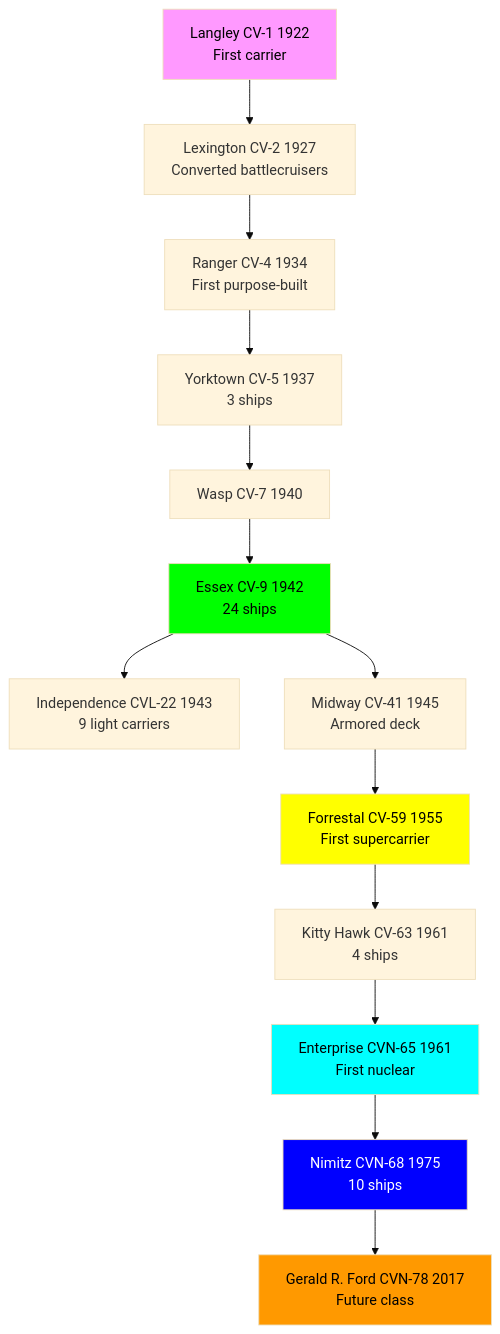
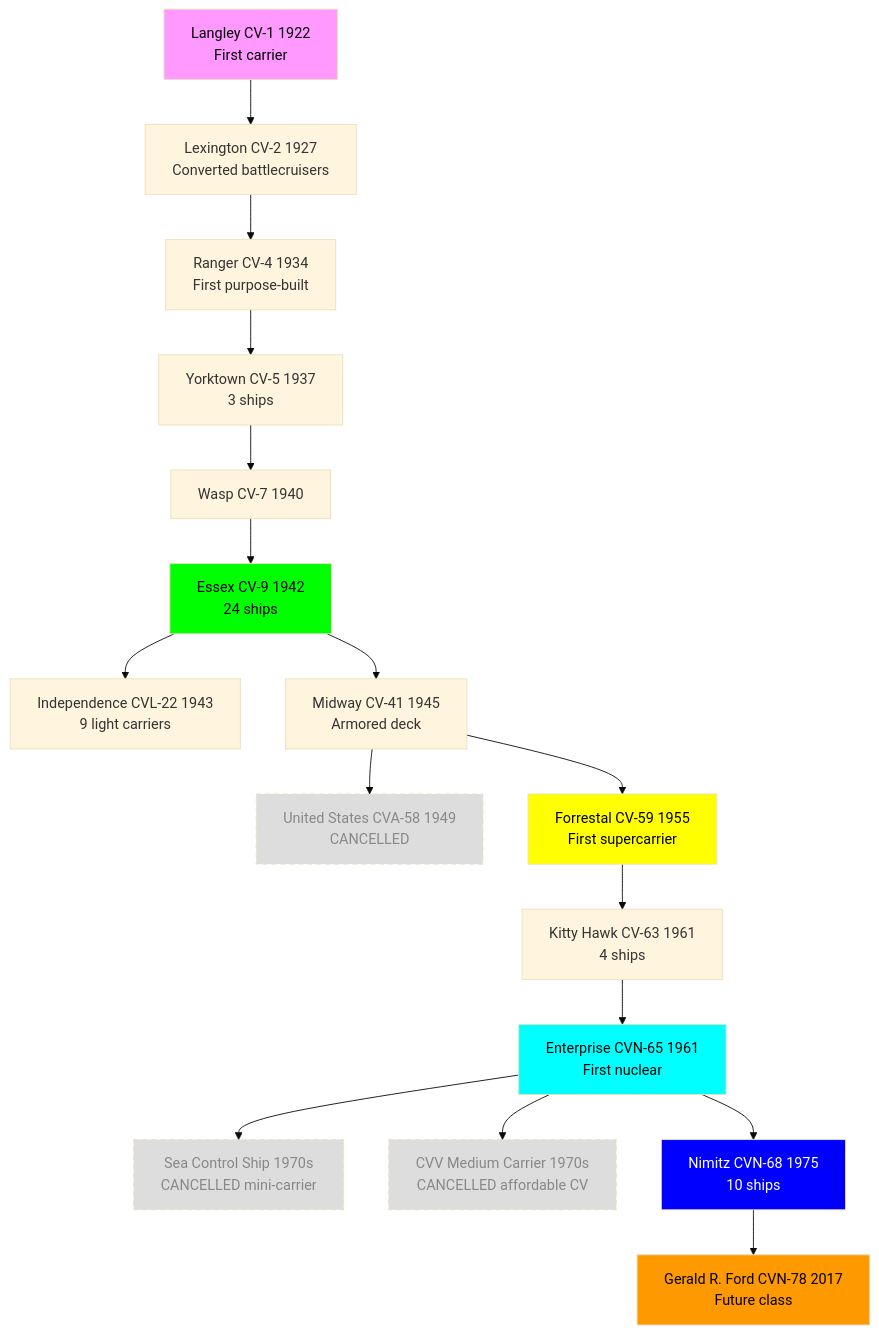
The first of 2 diagrams in USA/Overviews/00_Carrier_Research_Tree.md (AsloWaves/ship-research-trees), drawn with Mermaid (base theme) before and after one commit. The commit also changed other lines of this file, not shown here.

Commit message:
Add cancelled carriers to research tree and timeline diagrams
Added three cancelled carrier programs to both diagrams:

**Research Tree Diagram:**
- United States CVA-58 (1949) - First supercarrier, cancelled after 5 days
- Sea Control Ship (SCS) - 1970s mini-carrier concept (17,000 tons)
- CVV Medium Carrier - 1970s "affordable" carrier concept (65,000 tons)

**Timeline Diagram:**
- 1949: United States CVA-58 (branch from Midway)
- 1970s: SCS + CVV (branch from Enterprise)

All three styled with dashed borders and gray color to visually
distinguish cancelled programs from built ships.

These classes were already documented in files and class listing but
were missing from the visual diagrams.

🤖 Generated with [Claude Code](https://claude.com/claude-code)

````diff
--- a/USA/Overviews/00_Carrier_Research_Tree.md
+++ b/USA/Overviews/00_Carrier_Research_Tree.md
@@ -34,25 +34,31 @@
 ```mermaid
 graph TD
     LANG[Langley CV-1 1922<br/>First carrier] --> LEX[Lexington CV-2 1927<br/>Converted battlecruisers]
     LEX --> RAN[Ranger CV-4 1934<br/>First purpose-built]
     RAN --> YORK[Yorktown CV-5 1937<br/>3 ships]
     YORK --> WASP[Wasp CV-7 1940]
     WASP --> ESS[Essex CV-9 1942<br/>24 ships]
 
     ESS --> IND[Independence CVL-22 1943<br/>9 light carriers]
     ESS --> MID[Midway CV-41 1945<br/>Armored deck]
 
+    MID --> US58[United States CVA-58 1949<br/>CANCELLED]
     MID --> FOR[Forrestal CV-59 1955<br/>First supercarrier]
     FOR --> KHAWK[Kitty Hawk CV-63 1961<br/>4 ships]
 
     KHAWK --> ENT[Enterprise CVN-65 1961<br/>First nuclear]
+    ENT --> SCS[Sea Control Ship 1970s<br/>CANCELLED mini-carrier]
+    ENT --> CVV[CVV Medium Carrier 1970s<br/>CANCELLED affordable CV]
     ENT --> NIM[Nimitz CVN-68 1975<br/>10 ships]
     NIM --> FORD[Gerald R. Ford CVN-78 2017<br/>Future class]
 
     style LANG fill:#f9f,color:#000
     style ESS fill:#0f0,color:#000
     style FOR fill:#ff0,color:#000
     style ENT fill:#0ff,color:#000
     style NIM fill:#00f,color:#fff
     style FORD fill:#f90,color:#000
+    style US58 fill:#ddd,color:#888,stroke-dasharray: 5 5
+    style SCS fill:#ddd,color:#888,stroke-dasharray: 5 5
+    style CVV fill:#ddd,color:#888,stroke-dasharray: 5 5
 ```
````
